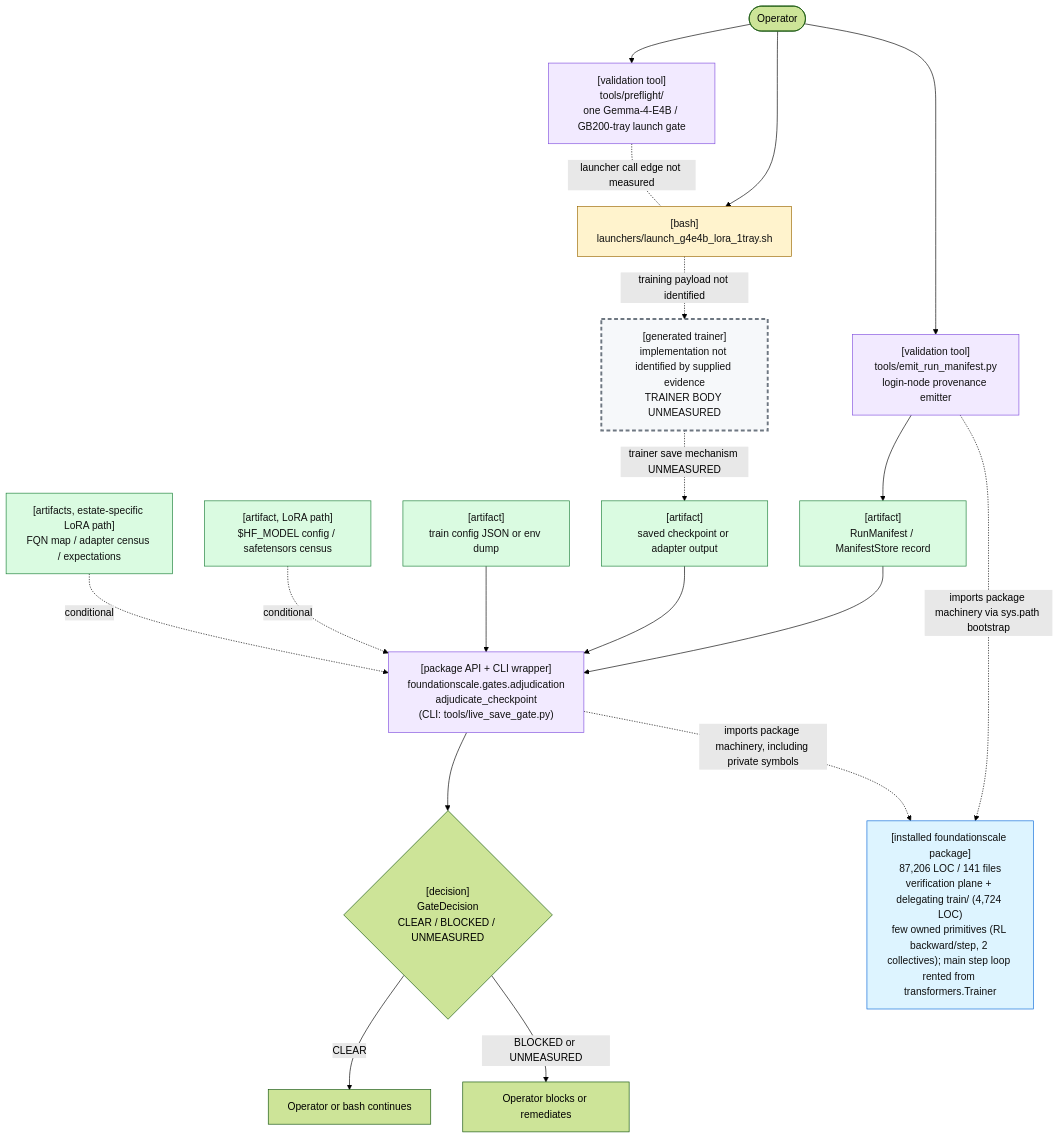
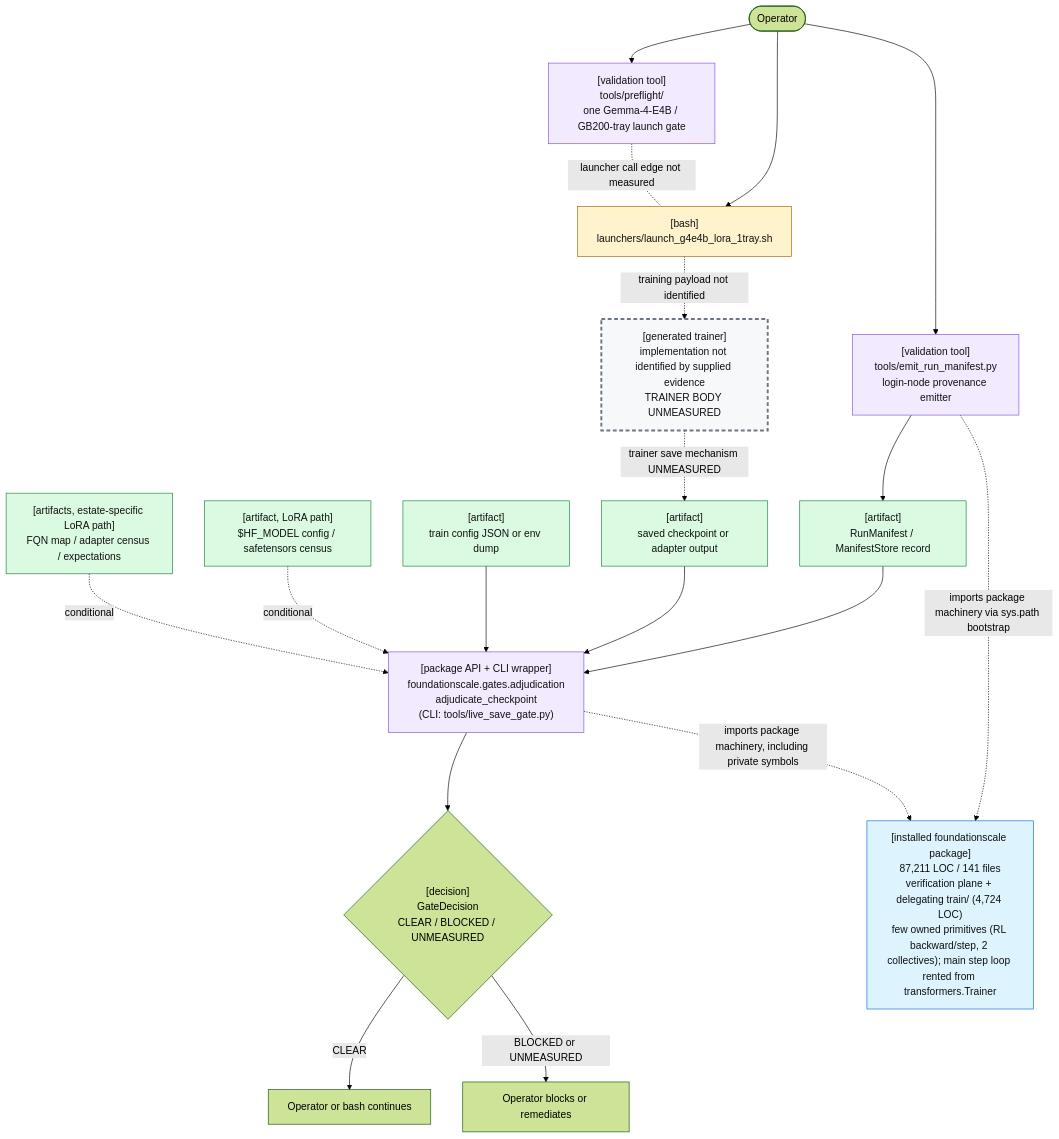
One commit to TranNhiem/FoundationScale changed the first of 2 diagrams in docs/review/D2_current_architecture.md. Above: the diagram before and after it, drawn with Mermaid (forest theme). The commit also changed other lines of this file and 10 other files, not shown here.

````diff
--- a/docs/review/D2_current_architecture.md
+++ b/docs/review/D2_current_architecture.md
@@ -25,59 +25,59 @@
 ```mermaid
 flowchart TB
   O(["Operator"])
 
   PF["[validation tool]<br/>tools/preflight/<br/>one Gemma-4-E4B / GB200-tray launch gate"]
   L["[bash]<br/>launchers/launch_g4e4b_lora_1tray.sh"]
 
   E["[validation tool]<br/>tools/emit_run_manifest.py<br/>login-node provenance emitter"]
   M["[artifact]<br/>RunManifest / ManifestStore record"]
 
   T["[generated trainer]<br/>implementation not identified by supplied evidence<br/>TRAINER BODY UNMEASURED"]
   C["[artifact]<br/>saved checkpoint or adapter output"]
 
   G["[package API + CLI wrapper]<br/>foundationscale.gates.adjudication<br/>adjudicate_checkpoint<br/>(CLI: tools/live_save_gate.py)"]
   CFG["[artifact]<br/>train config JSON or env dump"]
   BASE["[artifact, LoRA path]<br/>$HF_MODEL config / safetensors census"]
   CEN["[artifacts, estate-specific LoRA path]<br/>FQN map / adapter census / expectations"]
 
   D{"[decision]<br/>GateDecision<br/>CLEAR / BLOCKED / UNMEASURED"}
   OK["Operator or bash continues"]
   NO["Operator blocks or remediates"]
 
-  PKG["[installed foundationscale package]<br/>87,206 LOC / 141 files<br/>verification plane + delegating train/ (4,724 LOC)<br/>few owned primitives (RL backward/step, 2 collectives); main step loop rented from transformers.Trainer"]
+  PKG["[installed foundationscale package]<br/>87,211 LOC / 141 files<br/>verification plane + delegating train/ (4,724 LOC)<br/>few owned primitives (RL backward/step, 2 collectives); main step loop rented from transformers.Trainer"]
 
   O --> PF
   O --> L
   PF -. "launcher call edge not measured" .- L
 
   O --> E
   E --> M
 
   L -. "training payload not identified" .-> T
   T -. "trainer save mechanism UNMEASURED" .-> C
 
   M --> G
   C --> G
   CFG --> G
   BASE -. "conditional" .-> G
   CEN -. "conditional" .-> G
 
   E -. "imports package machinery via sys.path bootstrap" .-> PKG
   G -. "imports package machinery, including private symbols" .-> PKG
 
   G --> D
   D -->|"CLEAR"| OK
   D -->|"BLOCKED or UNMEASURED"| NO
 
   classDef bash fill:#fff3cd,stroke:#9a6700,color:#111;
   classDef tool fill:#f2eaff,stroke:#8250df,color:#111;
   classDef artifact fill:#dafbe1,stroke:#1a7f37,color:#111;
   classDef gap fill:#f6f8fa,stroke:#6e7781,stroke-width:3px,stroke-dasharray: 6 4,color:#111;
   classDef pkg fill:#ddf4ff,stroke:#0969da,color:#111;
 
   class L bash;
   class PF,E,G tool;
   class M,C,CFG,BASE,CEN artifact;
   class T gap;
   class PKG pkg;
 ```
````
